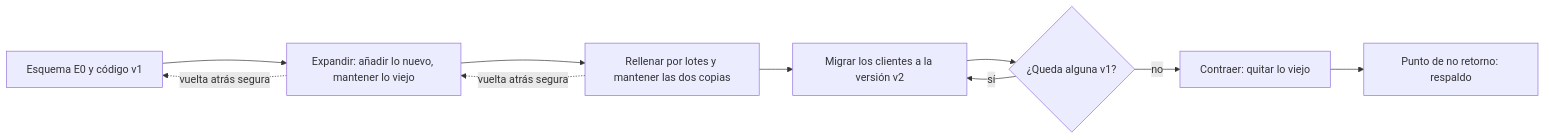
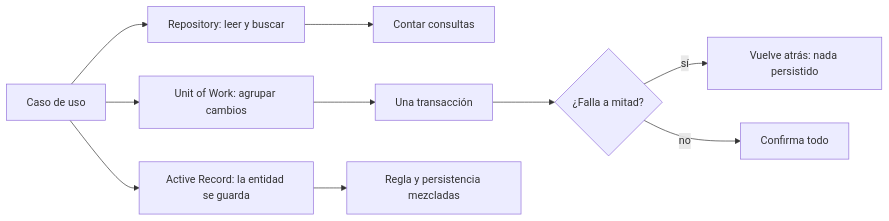
The diagram in content/part-26/SE-318.md (vladimiracunadev-create/modern-software-engineering-program), drawn with Mermaid before and after one commit. The commit also changed other lines of this file and 5193 other files, not shown here.

````diff
--- a/content/part-26/SE-318.md
+++ b/content/part-26/SE-318.md
@@ -55,12 +57,12 @@
 ```mermaid
 flowchart LR
-    A[Esquema E0 y código v1] --> B[Expandir: añadir lo nuevo, mantener lo viejo]
-    B --> C[Rellenar por lotes y mantener las dos copias]
-    C --> D[Migrar los clientes a la versión v2]
-    D --> E{¿Queda alguna v1?}
-    E -->|no| F[Contraer: quitar lo viejo]
-    E -->|sí| D
-    F --> G[Punto de no retorno: respaldo]
-    B -.->|vuelta atrás segura| A
-    C -.->|vuelta atrás segura| B
+    A[Caso de uso] --> B[Repository: leer y buscar]
+    A --> C[Unit of Work: agrupar cambios]
+    B --> D[Contar consultas]
+    C --> E[Una transacción]
+    E --> F{¿Falla a mitad?}
+    F -->|sí| G[Vuelve atrás: nada persistido]
+    F -->|no| H[Confirma todo]
+    A --> I[Active Record: la entidad se guarda]
+    I --> J[Regla y persistencia mezcladas]
 ```
````
